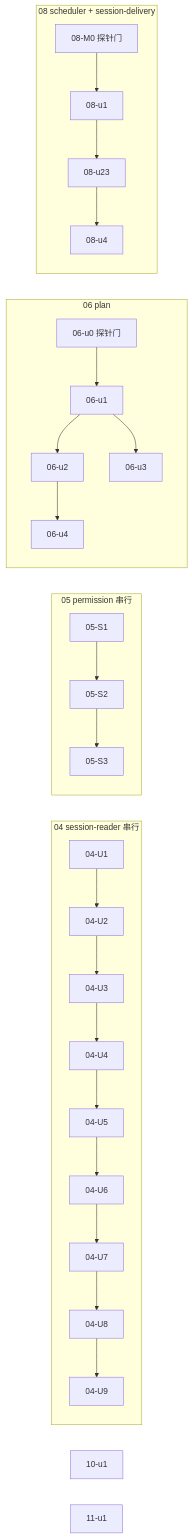
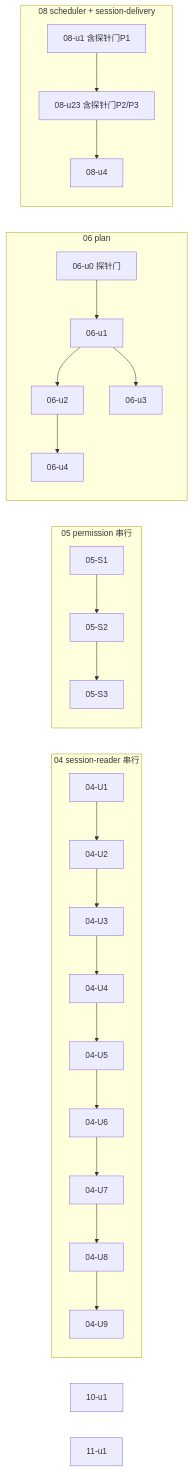
One commit to zhushanwen321/tai-ji changed the diagram in .tmp/dev-flow/ext-simplify-group-a.impl-plan.md. Above: the diagram before and after it, drawn with Mermaid. The commit also changed other lines of this file and 4 other files, not shown here.

````diff
--- a/.tmp/dev-flow/ext-simplify-group-a.impl-plan.md
+++ b/.tmp/dev-flow/ext-simplify-group-a.impl-plan.md
@@ -65,18 +64,18 @@
 ```mermaid
 graph LR
   subgraph G04[04 session-reader 串行]
     A1[04-U1] --> A2[04-U2] --> A3[04-U3] --> A4[04-U4] --> A5[04-U5] --> A6[04-U6] --> A7[04-U7] --> A8[04-U8] --> A9[04-U9]
   end
   subgraph G05[05 permission 串行]
     B1[05-S1] --> B2[05-S2] --> B3[05-S3]
   end
   subgraph G06[06 plan]
     C0[06-u0 探针门] --> C1[06-u1] --> C2[06-u2] --> C4[06-u4]
     C1 --> C3[06-u3]
   end
   subgraph G08[08 scheduler + session-delivery]
-    D0[08-M0 探针门] --> D1[08-u1] --> D2[08-u23] --> D4[08-u4]
+    D1[08-u1 含探针门P1] --> D2[08-u23 含探针门P2/P3] --> D4[08-u4]
   end
   E1[10-u1]
   F1[11-u1]
 ```
````
